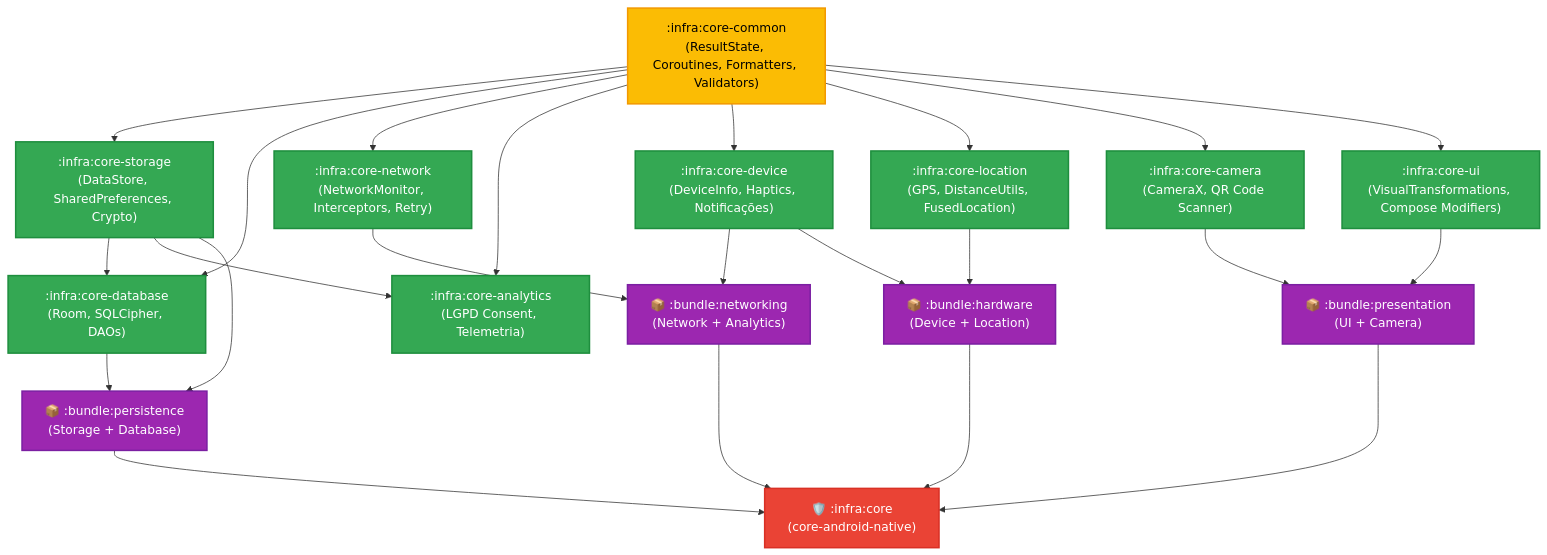
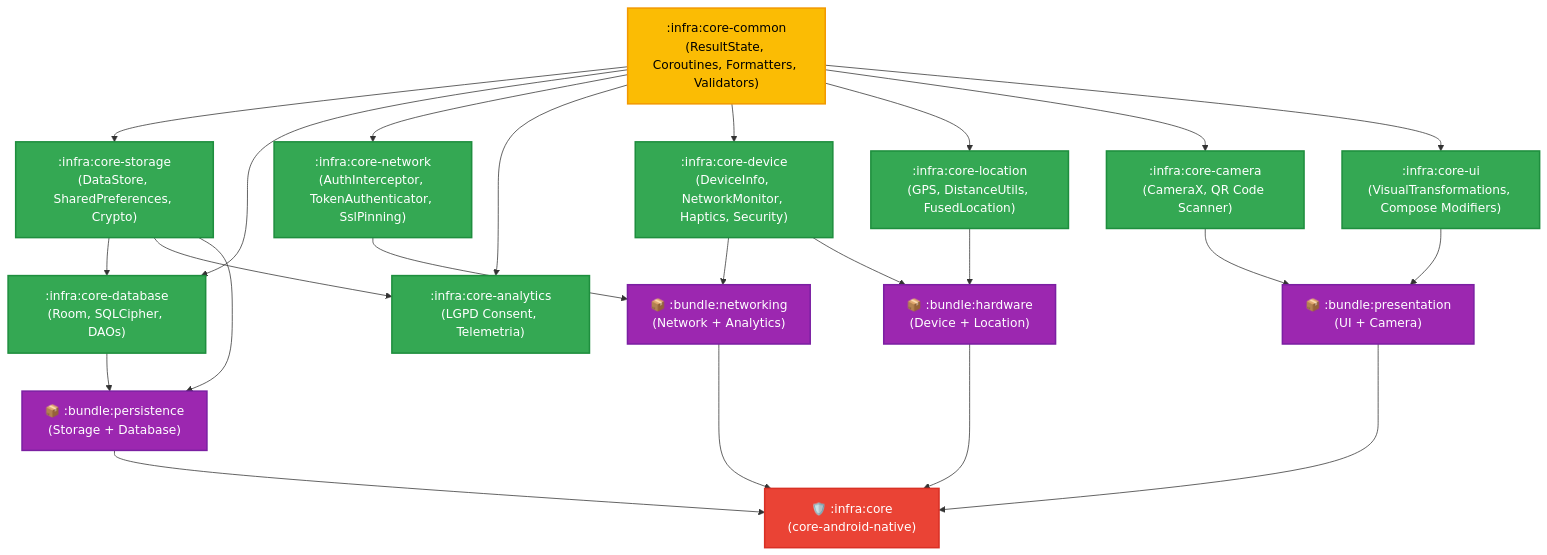
One commit to Gabriel-do-Carmo-97/CoreAndroidNative changed the diagram in README.md. Above: the diagram before and after it, drawn with Mermaid. The commit also changed other lines of this file and 3 other files, not shown here.

````diff
--- a/README.md
+++ b/README.md
@@ -19,59 +19,59 @@
 ```mermaid
 graph TD
     classDef common fill:#FBBC04,stroke:#F29900,stroke-width:2px,color:#000;
     classDef infra fill:#34A853,stroke:#1E8E3E,stroke-width:2px,color:#fff;
     classDef bundle fill:#9C27B0,stroke:#7B1FA2,stroke-width:2px,color:#fff;
     classDef umbrella fill:#EA4335,stroke:#D93025,stroke-width:2px,color:#fff;
 
     %% Base
     Common[":infra:core-common<br/>(ResultState, Coroutines, Formatters, Validators)"]:::common
 
     %% Infra
     Storage[":infra:core-storage<br/>(DataStore, SharedPreferences, Crypto)"]:::infra
     Database[":infra:core-database<br/>(Room, SQLCipher, DAOs)"]:::infra
-    Network[":infra:core-network<br/>(NetworkMonitor, Interceptors, Retry)"]:::infra
+    Network[":infra:core-network<br/>(AuthInterceptor, TokenAuthenticator, SslPinning)"]:::infra
     Analytics[":infra:core-analytics<br/>(LGPD Consent, Telemetria)"]:::infra
-    Device[":infra:core-device<br/>(DeviceInfo, Haptics, Notificações)"]:::infra
+    Device[":infra:core-device<br/>(DeviceInfo, NetworkMonitor, Haptics, Security)"]:::infra
     Location[":infra:core-location<br/>(GPS, DistanceUtils, FusedLocation)"]:::infra
     Camera[":infra:core-camera<br/>(CameraX, QR Code Scanner)"]:::infra
     UI[":infra:core-ui<br/>(VisualTransformations, Compose Modifiers)"]:::infra
 
     %% Bundles
     BundlePersist["📦 :bundle:persistence<br/>(Storage + Database)"]:::bundle
     BundleNet["📦 :bundle:networking<br/>(Network + Analytics)"]:::bundle
     BundlePres["📦 :bundle:presentation<br/>(UI + Camera)"]:::bundle
     BundleHW["📦 :bundle:hardware<br/>(Device + Location)"]:::bundle
 
     %% Umbrella
     Umbrella["🛡️ :infra:core<br/>(core-android-native)"]:::umbrella
 
     %% Conexões
     Common --> Storage
     Common --> Database
     Common --> Network
     Common --> Analytics
     Common --> Device
     Common --> Location
     Common --> Camera
     Common --> UI
 
     Storage --> Database
     Storage --> Analytics
 
     Storage --> BundlePersist
     Database --> BundlePersist
 
     Device --> BundleNet
     Network --> BundleNet
 
     UI --> BundlePres
     Camera --> BundlePres
 
     Device --> BundleHW
     Location --> BundleHW
 
     BundlePersist --> Umbrella
     BundleNet --> Umbrella
     BundlePres --> Umbrella
     BundleHW --> Umbrella
 ```
````
